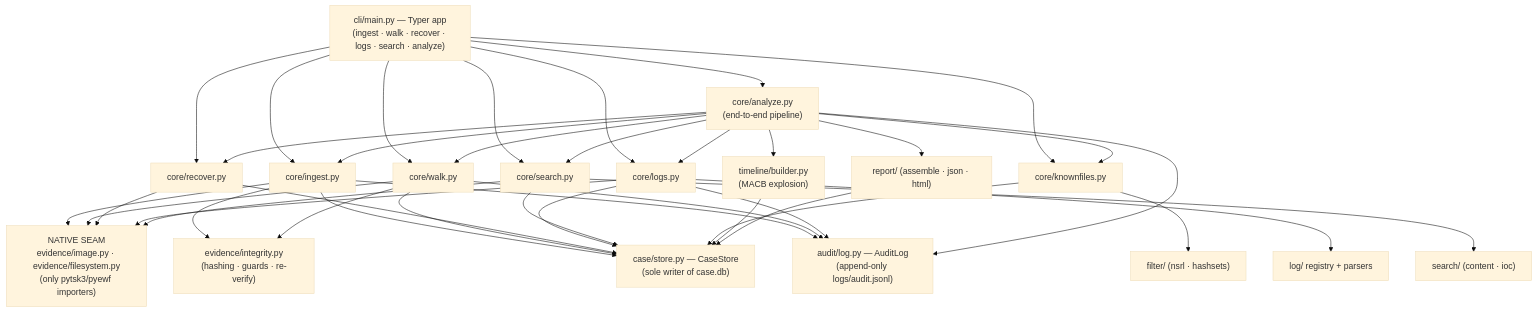
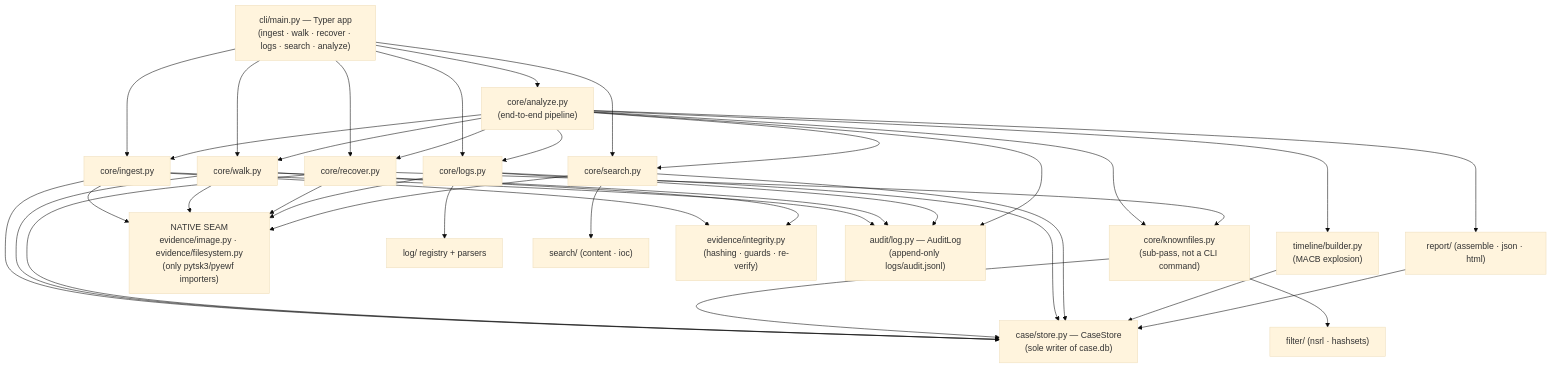
Before and after one commit to MatrixMagician/PyAutopsy: the diagram in docs/ARCHITECTURE.md, drawn with Mermaid (base theme). The commit also changed other lines of this file and 6 other files, not shown here.

````diff
--- a/docs/ARCHITECTURE.md
+++ b/docs/ARCHITECTURE.md
@@ -26,54 +32,55 @@
 ```mermaid
 graph TD
     CLI["cli/main.py — Typer app<br/>(ingest · walk · recover · logs · search · analyze)"]
 
     CLI --> ANALYZE["core/analyze.py<br/>(end-to-end pipeline)"]
     CLI --> INGEST["core/ingest.py"]
     CLI --> WALK["core/walk.py"]
     CLI --> RECOVER["core/recover.py"]
     CLI --> LOGS["core/logs.py"]
     CLI --> SEARCH["core/search.py"]
-    CLI --> FILTER["core/knownfiles.py"]
 
     ANALYZE --> INGEST
     ANALYZE --> WALK
     ANALYZE --> RECOVER
-    ANALYZE --> FILTER
+    ANALYZE --> FILTER["core/knownfiles.py<br/>(sub-pass, not a CLI command)"]
     ANALYZE --> LOGS
     ANALYZE --> SEARCH
     ANALYZE --> TIMELINE["timeline/builder.py<br/>(MACB explosion)"]
     ANALYZE --> REPORT["report/ (assemble · json · html)"]
+
+    RECOVER --> FILTER
 
     INGEST --> SEAM
     WALK --> SEAM
     RECOVER --> SEAM
     LOGS --> SEAM
     SEARCH --> SEAM
 
     LOGS --> LOGPKG["log/ registry + parsers"]
     SEARCH --> SEARCHPKG["search/ (content · ioc)"]
     FILTER --> FILTERPKG["filter/ (nsrl · hashsets)"]
 
     SEAM["NATIVE SEAM<br/>evidence/image.py · evidence/filesystem.py<br/>(only pytsk3/pyewf importers)"]
     INTEGRITY["evidence/integrity.py<br/>(hashing · guards · re-verify)"]
 
     INGEST --> INTEGRITY
     WALK --> INTEGRITY
 
     INGEST --> STORE
     WALK --> STORE
     RECOVER --> STORE
+    FILTER --> STORE
     LOGS --> STORE
     SEARCH --> STORE
-    FILTER --> STORE
     TIMELINE --> STORE
     REPORT --> STORE
 
     INGEST --> AUDIT
     WALK --> AUDIT
     LOGS --> AUDIT
     ANALYZE --> AUDIT
 
     STORE["case/store.py — CaseStore<br/>(sole writer of case.db)"]
     AUDIT["audit/log.py — AuditLog<br/>(append-only logs/audit.jsonl)"]
 ```
````
